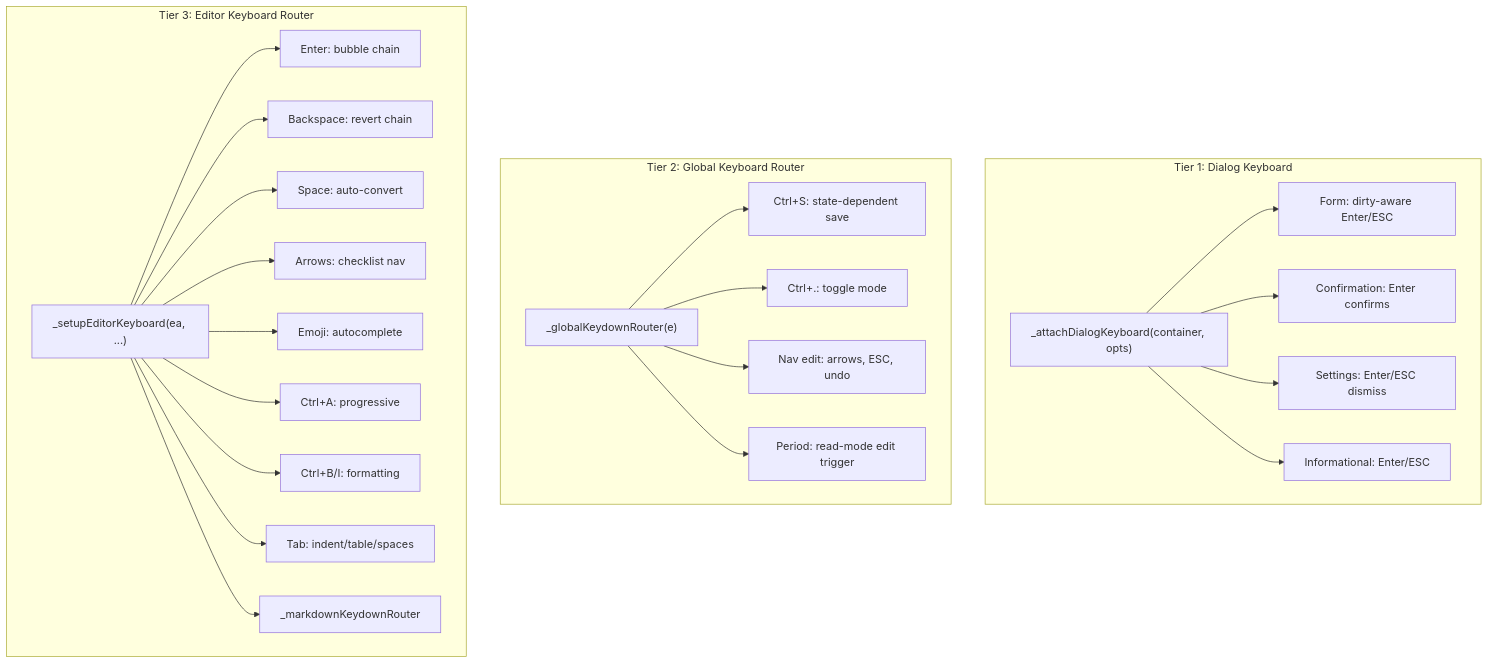
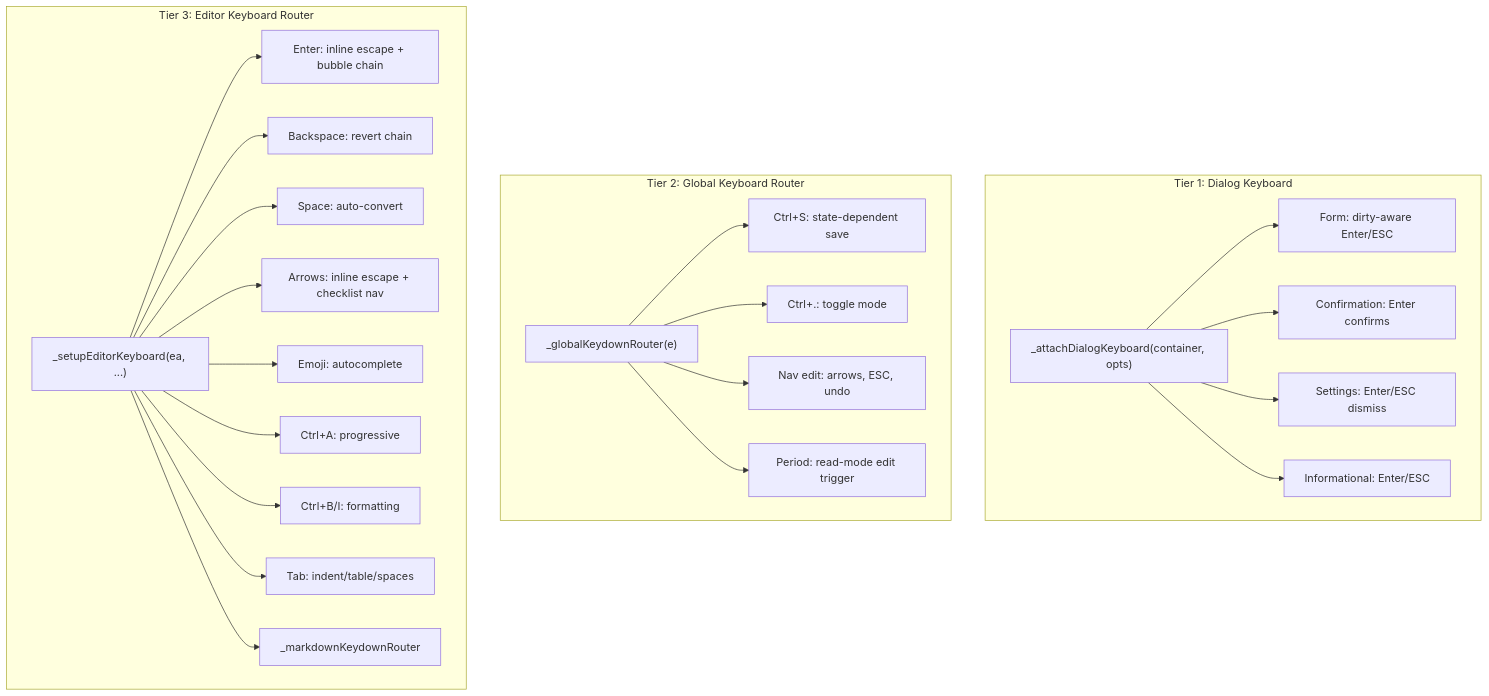
The diagram in docs/design/ui/DESIGN-centralized-keyboard.md (samrocketman/mkdocs-live-wysiwyg-plugin), drawn with Mermaid before and after one commit. The commit also changed other lines of this file and 14 other files, not shown here.

````diff
--- a/docs/design/ui/DESIGN-centralized-keyboard.md
+++ b/docs/design/ui/DESIGN-centralized-keyboard.md
@@ -9,29 +9,29 @@
 ```mermaid
 flowchart TD
     subgraph tier1 [Tier 1: Dialog Keyboard]
         ADK["_attachDialogKeyboard(container, opts)"]
         ADK --> FormDialogs["Form: dirty-aware Enter/ESC"]
         ADK --> ConfirmDialogs["Confirmation: Enter confirms"]
         ADK --> SettingsDD["Settings: Enter/ESC dismiss"]
         ADK --> InfoPopups["Informational: Enter/ESC"]
     end
     subgraph tier2 [Tier 2: Global Keyboard Router]
         GKR["_globalKeydownRouter(e)"]
         GKR --> CtrlS["Ctrl+S: state-dependent save"]
         GKR --> CtrlDot["Ctrl+.: toggle mode"]
         GKR --> NavKeys["Nav edit: arrows, ESC, undo"]
         GKR --> Period["Period: read-mode edit trigger"]
     end
     subgraph tier3 [Tier 3: Editor Keyboard Router]
         EKR["_setupEditorKeyboard(ea, ...)"]
-        EKR --> EnterGroup["Enter: bubble chain"]
+        EKR --> EnterGroup["Enter: inline escape + bubble chain"]
         EKR --> BackspaceGroup["Backspace: revert chain"]
         EKR --> SpaceGroup["Space: auto-convert"]
-        EKR --> ArrowGroup["Arrows: checklist nav"]
+        EKR --> ArrowGroup["Arrows: inline escape + checklist nav"]
         EKR --> EmojiGroup["Emoji: autocomplete"]
         EKR --> SelectAll["Ctrl+A: progressive"]
         EKR --> BoldItalic["Ctrl+B/I: formatting"]
         EKR --> TabGroup["Tab: indent/table/spaces"]
         EKR --> MarkdownRouter["_markdownKeydownRouter"]
     end
 ```
````
